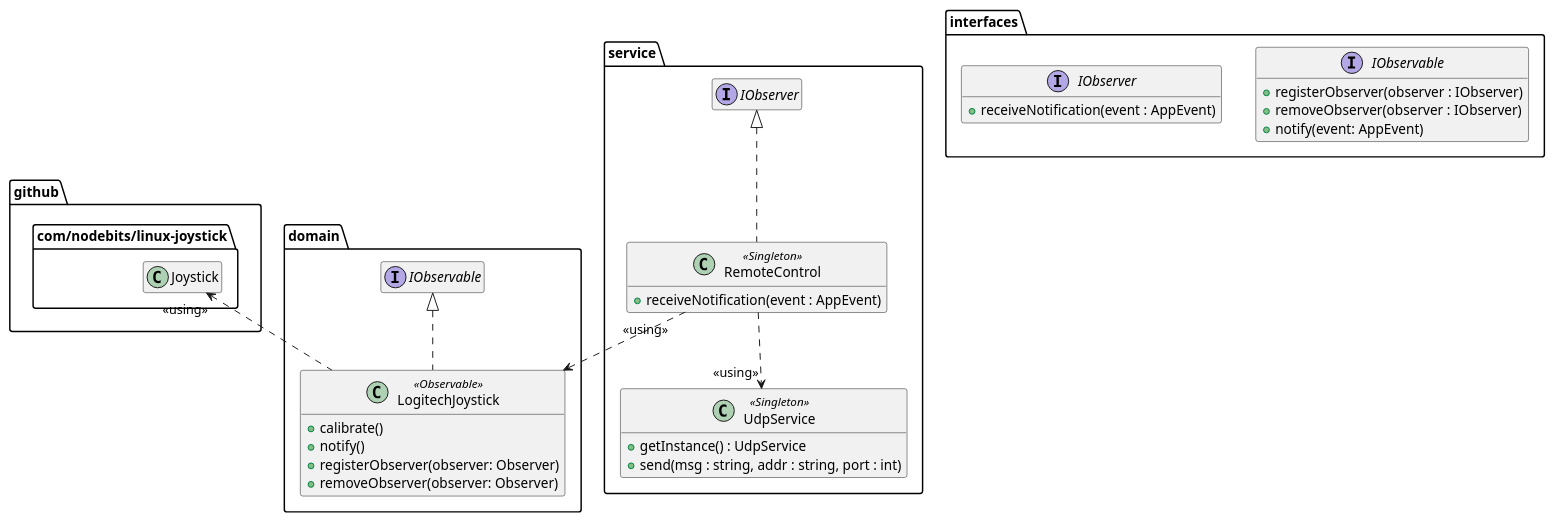
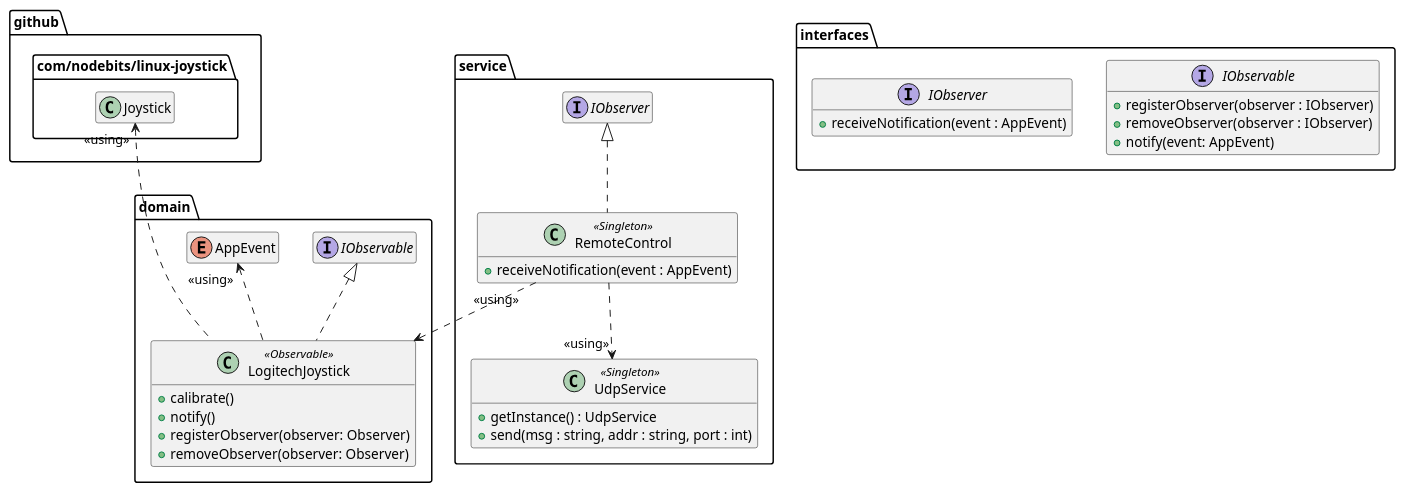
The diagram in uml/class_diagram.puml (gotgot1995/tello-typescript), drawn with PlantUML before and after one commit. The commit also changed 4 other files, not shown here.

```diff
--- a/uml/class_diagram.puml
+++ b/uml/class_diagram.puml
@@ -1,48 +1,54 @@
 @startuml
 
 hide empty members
 
 package "github.com/nodebits/linux-joystick" {
     class Joystick
 }
 
 package "interfaces" {
     interface IObservable {
         + registerObserver(observer : IObserver)
         + removeObserver(observer : IObserver)
         + notify(event: AppEvent)
     }
 
     interface IObserver {
         + receiveNotification(event : AppEvent)
     }
 }
 
 'app entities
 
 package "domain" {
     class LogitechJoystick <<Observable>> implements IObservable {
         + calibrate()
         + notify()
         + registerObserver(observer: Observer)
         + removeObserver(observer: Observer)
     }
+
+    enum AppEvent{
+
+    }
+
+    AppEvent "<<using>>" <.. LogitechJoystick
 }
 
 package "service" {
     class UdpService <<Singleton>> {
         + getInstance() : UdpService
         + send(msg : string, addr : string, port : int)
     }
 
     class RemoteControl <<Singleton>> implements IObserver {
         + receiveNotification(event : AppEvent)
     }
 }
 
 'relations
-Joystick "<<using>>" <.. LogitechJoystick
+Joystick "<<using>>" <... LogitechJoystick
 RemoteControl "<<using>>" ..> LogitechJoystick
 RemoteControl ..> "<<using>>" UdpService
 
 @enduml
```
